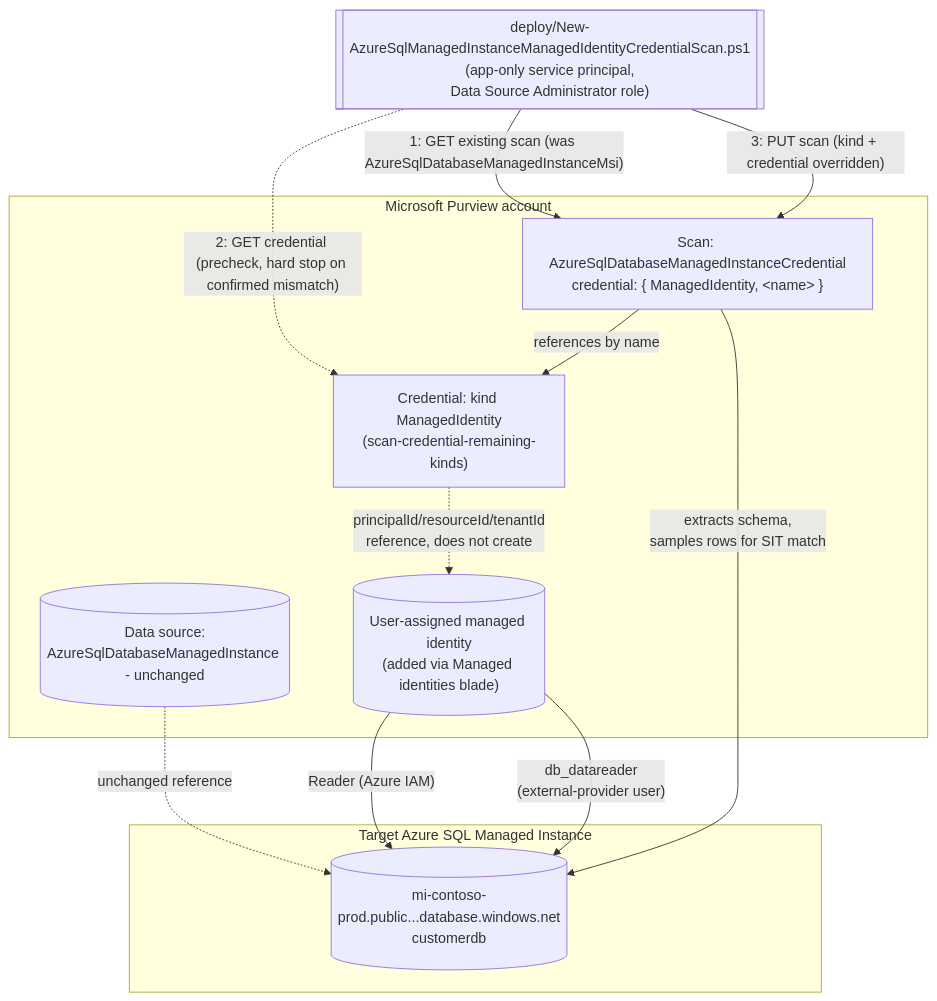
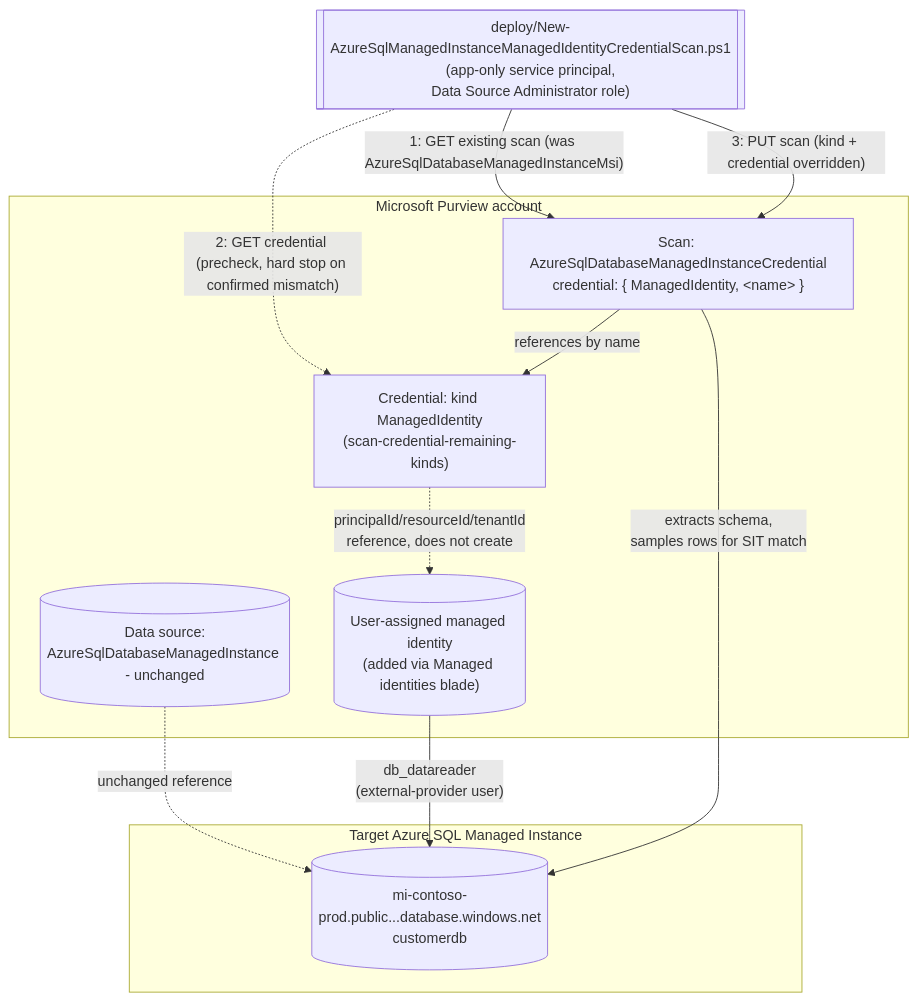
The diagram in scenarios/data-map/scan-azure-sql-managed-instance-and-classify-managed-identity-credential/README.md (kpsec1/purview-scenario-library), drawn with Mermaid before and after one commit. The commit also changed other lines of this file and 9 other files, not shown here.

First line of the commit message:
docs(data-map): correct Managed Instance IAM Reader claim, close VERIFY

````diff
--- a/scenarios/data-map/scan-azure-sql-managed-instance-and-classify-managed-identity-credential/README.md
+++ b/scenarios/data-map/scan-azure-sql-managed-instance-and-classify-managed-identity-credential/README.md
@@ -56,26 +55,25 @@
 ```mermaid
 flowchart TD
     subgraph Azure["Target Azure SQL Managed Instance"]
         MI[(mi-contoso-prod.public...database.windows.net<br/>customerdb)]
     end
 
     subgraph Purview["Microsoft Purview account"]
         UAMI[("User-assigned managed identity<br/>(added via Managed identities blade)")]
         Cred["Credential: kind ManagedIdentity<br/>(scan-credential-remaining-kinds)"]
         DS[(Data source:<br/>AzureSqlDatabaseManagedInstance - unchanged)]
         Scan["Scan: AzureSqlDatabaseManagedInstanceCredential<br/>credential: { ManagedIdentity, &lt;name&gt; }"]
     end
 
     Deployer[["deploy/New-AzureSqlManagedInstanceManagedIdentityCredentialScan.ps1<br/>(app-only service principal,<br/>Data Source Administrator role)"]]
 
     Deployer -- "1: GET existing scan (was AzureSqlDatabaseManagedInstanceMsi)" --> Scan
     Deployer -. "2: GET credential (precheck, hard stop on confirmed mismatch)" .-> Cred
     Deployer -- "3: PUT scan (kind + credential overridden)" --> Scan
 
     DS -.->|unchanged reference| MI
     Scan -- "references by name" --> Cred
     Cred -. "principalId/resourceId/tenantId<br/>reference, does not create" .-> UAMI
-    UAMI -- "Reader (Azure IAM)" --> MI
     UAMI -- "db_datareader<br/>(external-provider user)" --> MI
     Scan -- "extracts schema,<br/>samples rows for SIT match" --> MI
 ```
````
